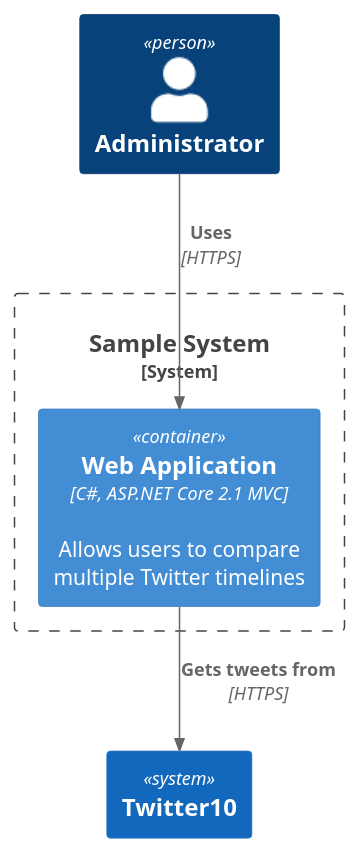
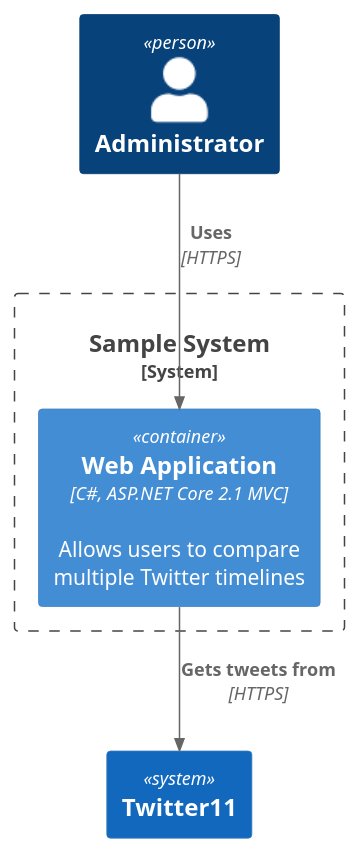
One commit to kcirtapfromspace/plantuml changed the diagram in doc/design/assets/diagram2.puml. Above: the diagram before and after it, drawn with PlantUML. The commit also changed 1 other file, not shown here.

```diff
--- a/doc/design/assets/diagram2.puml
+++ b/doc/design/assets/diagram2.puml
@@ -1,13 +1,13 @@
 @startuml Basic_Sample
 !include https://raw.githubusercontent.com/plantuml-stdlib/C4-PlantUML/master/C4_Container.puml
 
 Person(admin, "Administrator")
 System_Boundary(c1, "Sample System") {
     Container(web_app, "Web Application", "C#, ASP.NET Core 2.1 MVC", "Allows users to compare multiple Twitter timelines")
 }
 System(twitter, "Twitter")
-System(twitter, "Twitter10")
+System(twitter, "Twitter11")
 
 Rel(admin, web_app, "Uses", "HTTPS")
 Rel(web_app, twitter, "Gets tweets from", "HTTPS")
 @enduml
```
